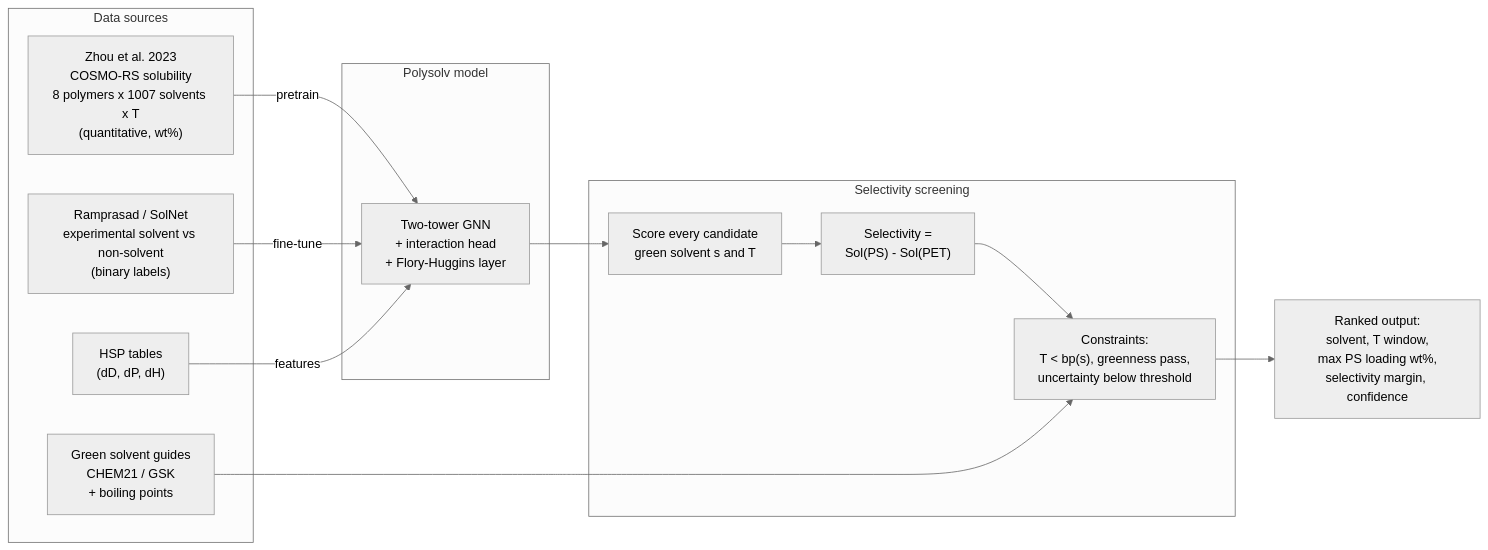
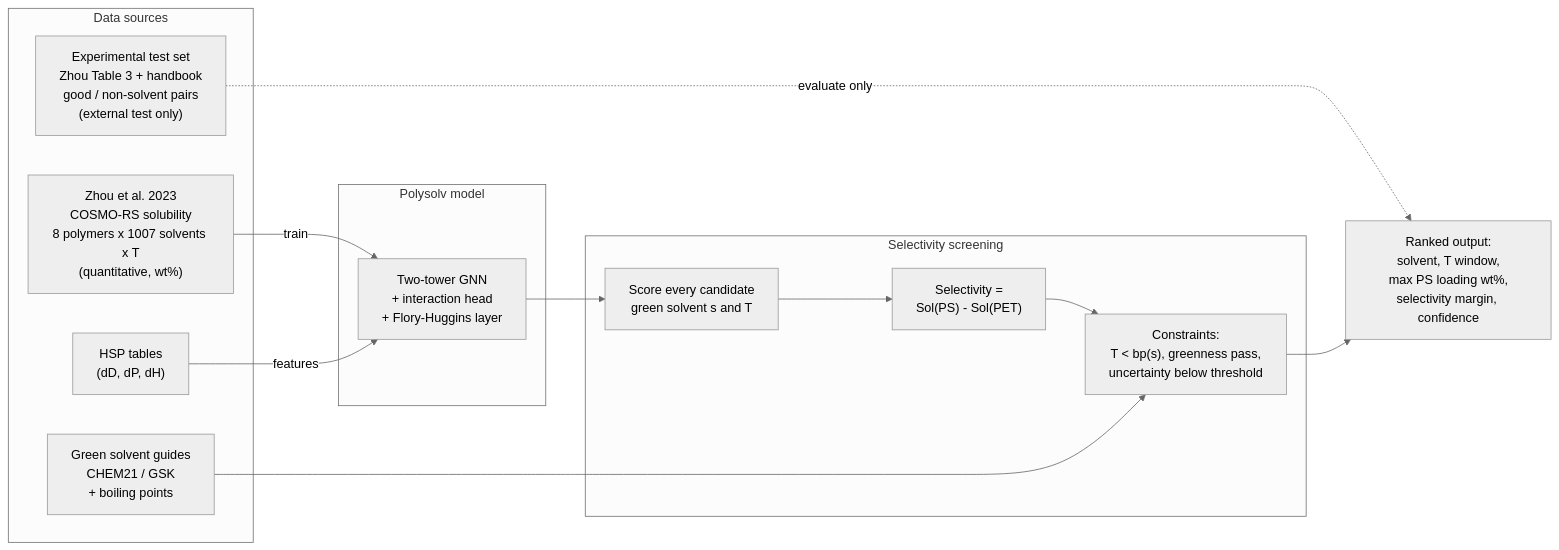
One commit to ZestyClose25/polysolv changed the first of 3 diagrams in docs/architecture.md. Above: the diagram before and after it, drawn with Mermaid (neutral theme). The commit also changed other lines of this file and 2 other files, not shown here.

````diff
--- a/docs/architecture.md
+++ b/docs/architecture.md
@@ -9,27 +10,27 @@
 ```mermaid
 flowchart LR
     subgraph DATA["Data sources"]
         D1["Zhou et al. 2023<br/>COSMO-RS solubility<br/>8 polymers x 1007 solvents x T<br/>(quantitative, wt%)"]
-        D2["Ramprasad / SolNet<br/>experimental solvent vs non-solvent<br/>(binary labels)"]
+        D2["Experimental test set<br/>Zhou Table 3 + handbook<br/>good / non-solvent pairs<br/>(external test only)"]
         D3["HSP tables<br/>(dD, dP, dH)"]
         D4["Green solvent guides<br/>CHEM21 / GSK<br/>+ boiling points"]
     end
 
     subgraph MODEL["Polysolv model"]
         M["Two-tower GNN<br/>+ interaction head<br/>+ Flory-Huggins layer"]
     end
 
     subgraph SCREEN["Selectivity screening"]
         S1["Score every candidate<br/>green solvent s and T"]
         S2["Selectivity =<br/>Sol(PS) - Sol(PET)"]
         S3["Constraints:<br/>T &lt; bp(s), greenness pass,<br/>uncertainty below threshold"]
     end
 
     OUT["Ranked output:<br/>solvent, T window,<br/>max PS loading wt%,<br/>selectivity margin, confidence"]
 
-    D1 -->|pretrain| M
-    D2 -->|fine-tune| M
+    D1 -->|train| M
+    D2 -.->|evaluate only| OUT
     D3 -->|features| M
     M --> S1 --> S2 --> S3 --> OUT
     D4 --> S3
 ```
````
